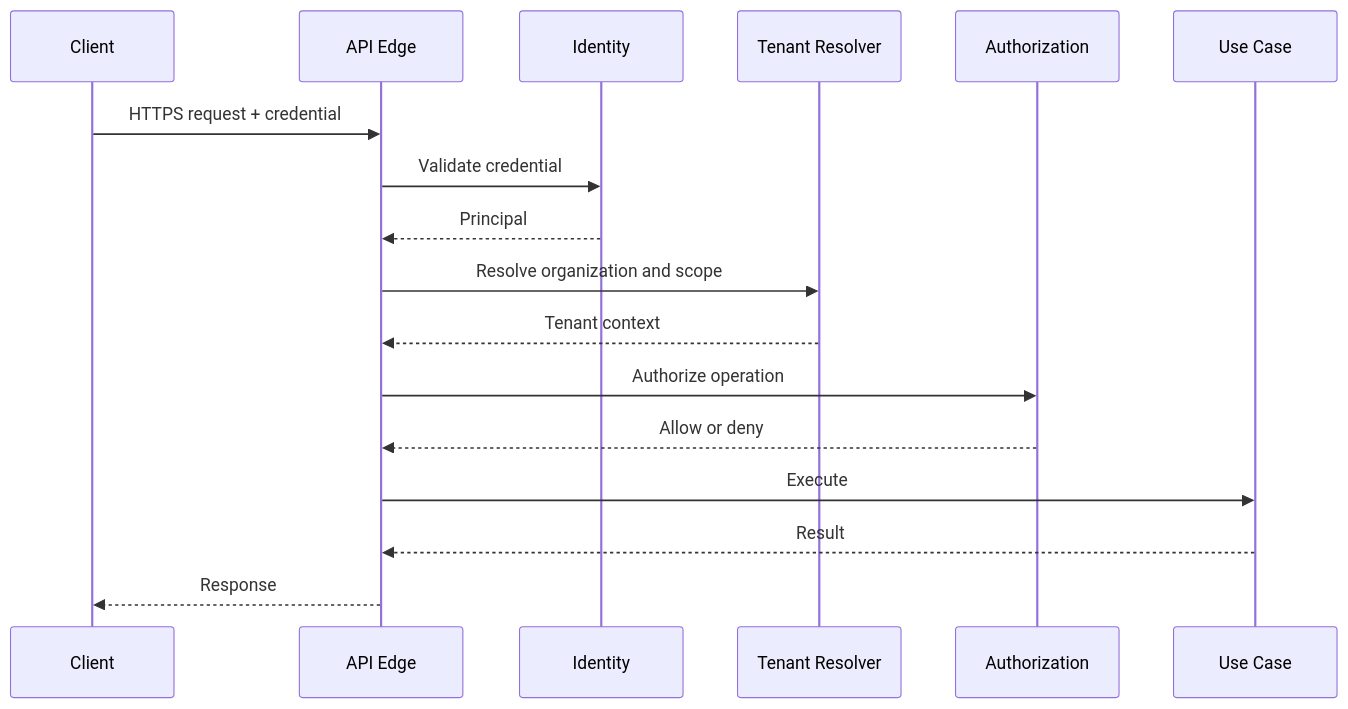
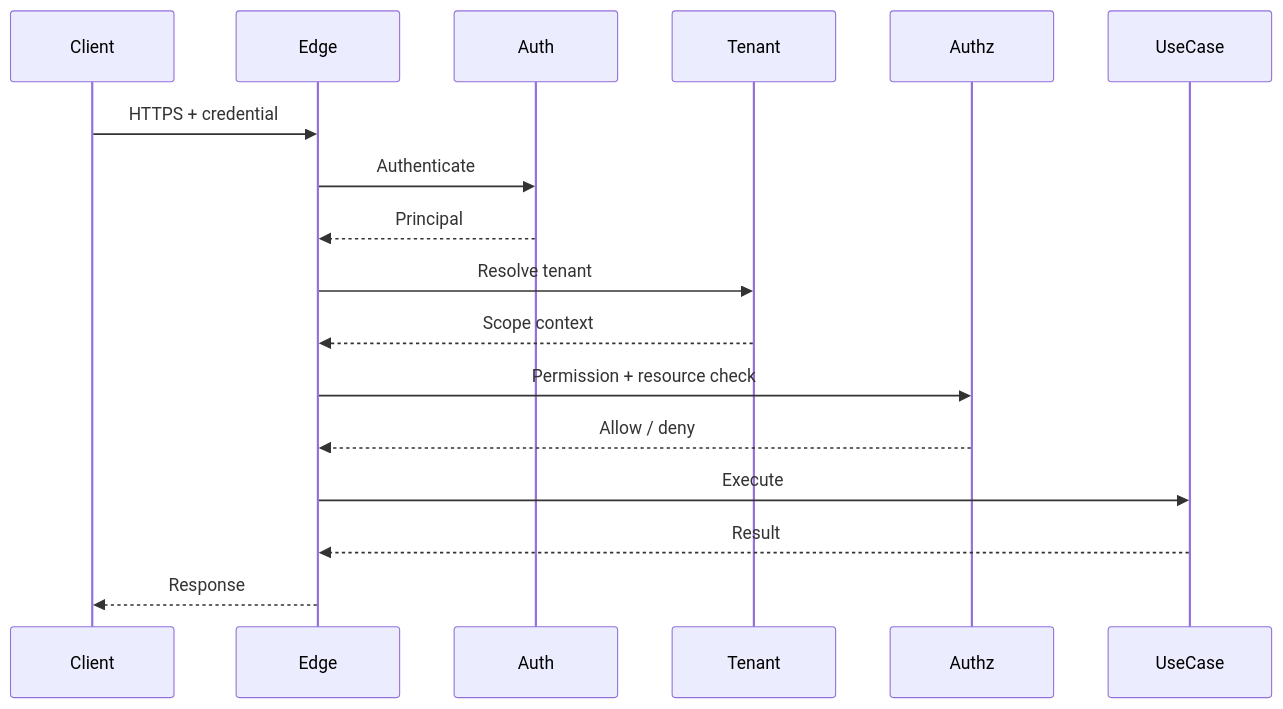
Before and after one commit to D-engahmed/OMILINKS: the first of 2 diagrams in docs/api/authentication.md, drawn with Mermaid. The commit also changed other lines of this file and 2 other files, not shown here.

Commit message:
docs: deepen api authentication public api and webhook contracts

```diff
--- a/docs/api/authentication.md
+++ b/docs/api/authentication.md
@@ -28,19 +36,19 @@
 ~~~mermaid
 sequenceDiagram
-    participant C as Client
-    participant E as API Edge
-    participant A as Identity
-    participant T as Tenant Resolver
-    participant Z as Authorization
-    participant U as Use Case
-    C->>E: HTTPS request + credential
-    E->>A: Validate credential
-    A-->>E: Principal
-    E->>T: Resolve organization and scope
-    T-->>E: Tenant context
-    E->>Z: Authorize operation
-    Z-->>E: Allow or deny
-    E->>U: Execute
-    U-->>E: Result
-    E-->>C: Response
+participant C as Client
+participant E as Edge
+participant A as Auth
+participant T as Tenant
+participant Z as Authz
+participant U as UseCase
+C->>E: HTTPS + credential
+E->>A: Authenticate
+A-->>E: Principal
+E->>T: Resolve tenant
+T-->>E: Scope context
+E->>Z: Permission + resource check
+Z-->>E: Allow / deny
+E->>U: Execute
+U-->>E: Result
+E-->>C: Response
 ~~~
```
